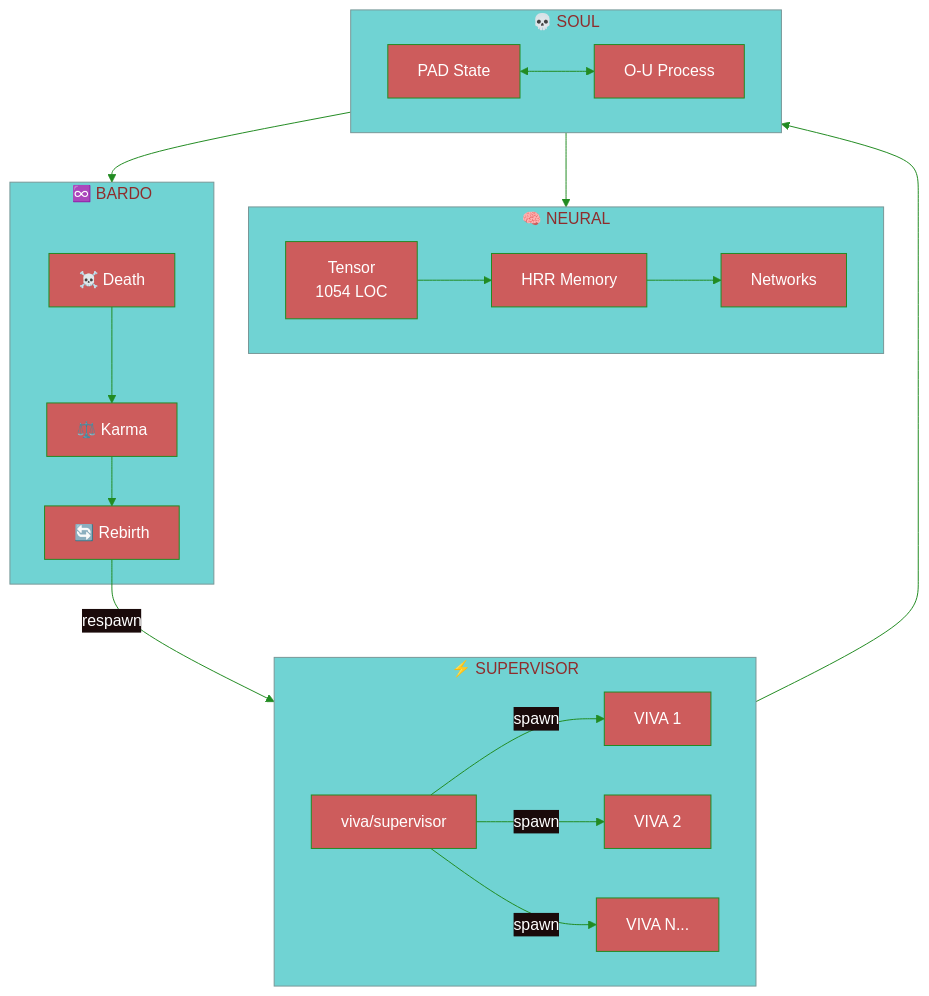
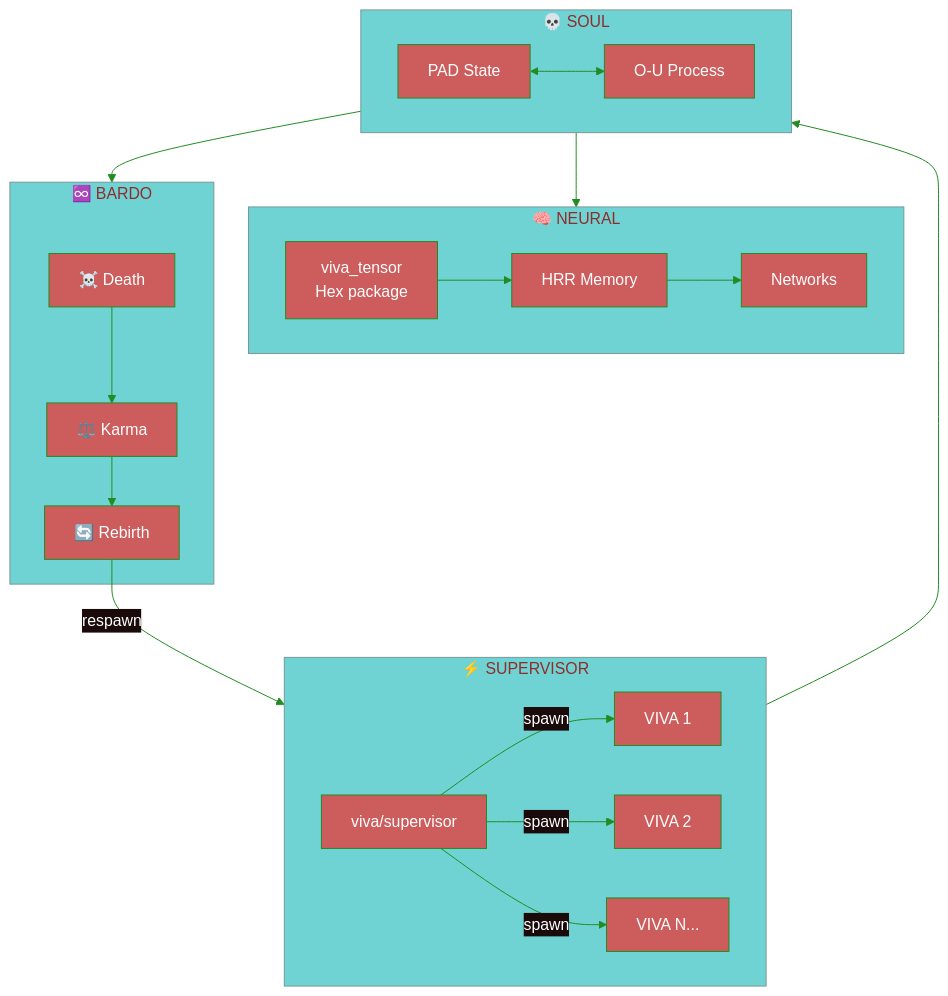
One commit to gabrielmaialva33/viva changed the second of 2 diagrams in README.md. Above: the diagram before and after it, drawn with Mermaid. The commit also changed other lines of this file and 14 other files, not shown here.

Commit message:
docs: update architecture, Makefile targets, and references for v1.0.100

````diff
--- a/README.md
+++ b/README.md
@@ -87,36 +87,36 @@
 ```mermaid
 %%{init: {'theme': 'base', 'themeVariables': { 'primaryColor': '#CD5C5C', 'primaryTextColor': '#fff', 'primaryBorderColor': '#228B22', 'lineColor': '#228B22', 'secondaryColor': '#1a0a0a'}}}%%
 graph TB
     subgraph SUP["⚡ SUPERVISOR"]
         S[viva/supervisor]
         S -->|spawn| V1[VIVA 1]
         S -->|spawn| V2[VIVA 2]
         S -->|spawn| VN[VIVA N...]
     end
 
     subgraph SOUL["💀 SOUL"]
         PAD[PAD State]
         OU[O-U Process]
         PAD <--> OU
     end
 
     subgraph NEURAL["🧠 NEURAL"]
-        T[Tensor<br/>1054 LOC]
+        T[viva_tensor<br/>Hex package]
         HRR[HRR Memory]
         NET[Networks]
         T --> HRR
         HRR --> NET
     end
 
     subgraph BARDO["♾️ BARDO"]
         D[☠️ Death]
         K[⚖️ Karma]
         R[🔄 Rebirth]
         D --> K --> R
     end
 
     SUP --> SOUL
     SOUL --> NEURAL
     SOUL --> BARDO
     R -->|respawn| SUP
 ```
````
